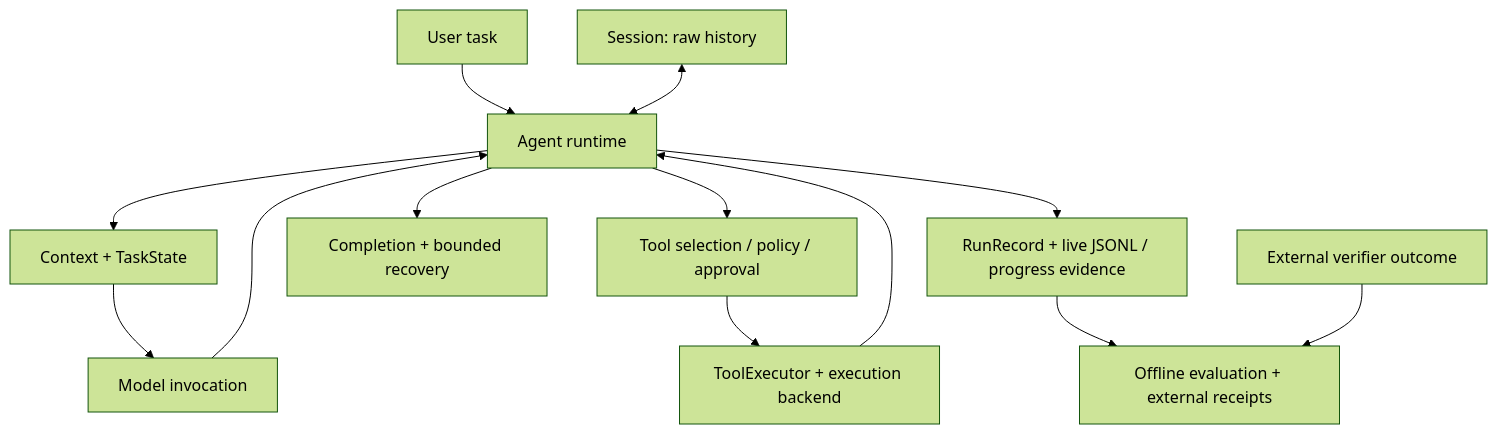
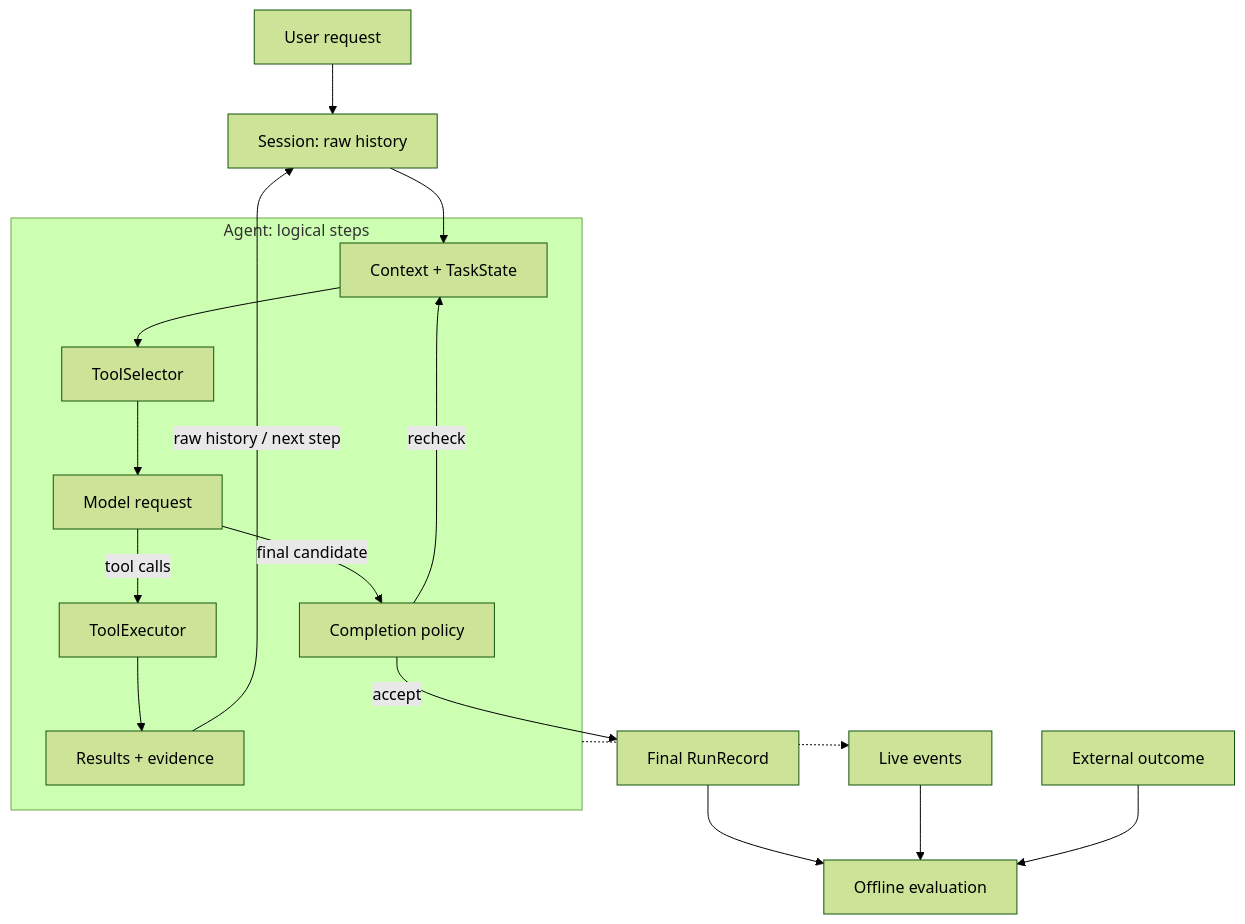
Before and after one commit to pmk915/PureHarness: the diagram in README.md, drawn with Mermaid (forest theme). The commit also changed other lines of this file and 3 other files, not shown here.

Commit message:
docs: clarify public architecture narrative

````diff
--- a/README.md
+++ b/README.md
@@ -176,15 +179,19 @@
 ```mermaid
 flowchart TD
-    U["User task"] --> A["Agent runtime"]
-    S["Session: raw history"] <--> A
-    A --> C["Context + TaskState"]
-    C --> M["Model invocation"]
-    M --> A
-    A --> T["Tool selection / policy / approval"]
-    T --> X["ToolExecutor + execution backend"]
-    X --> A
-    A --> R["Completion + bounded recovery"]
-    A --> E["RunRecord + live JSONL / progress evidence"]
-    E --> V["Offline evaluation + external receipts"]
-    O["External verifier outcome"] --> V
+    U["User request"] --> S["Session: raw history"]
+    S --> C
+    subgraph A["Agent: logical steps"]
+        C["Context + TaskState"] --> T["ToolSelector"]
+        T --> M["Model request"]
+        M -->|tool calls| X["ToolExecutor"]
+        X --> R["Results + evidence"]
+        M -->|final candidate| F["Completion policy"]
+        F -->|recheck| C
+    end
+    R -->|raw history / next step| S
+    F -->|accept| D["Final RunRecord"]
+    A -.-> E["Live events"]
+    D --> V["Offline evaluation"]
+    E --> V
+    O["External outcome"] --> V
 ```
````
